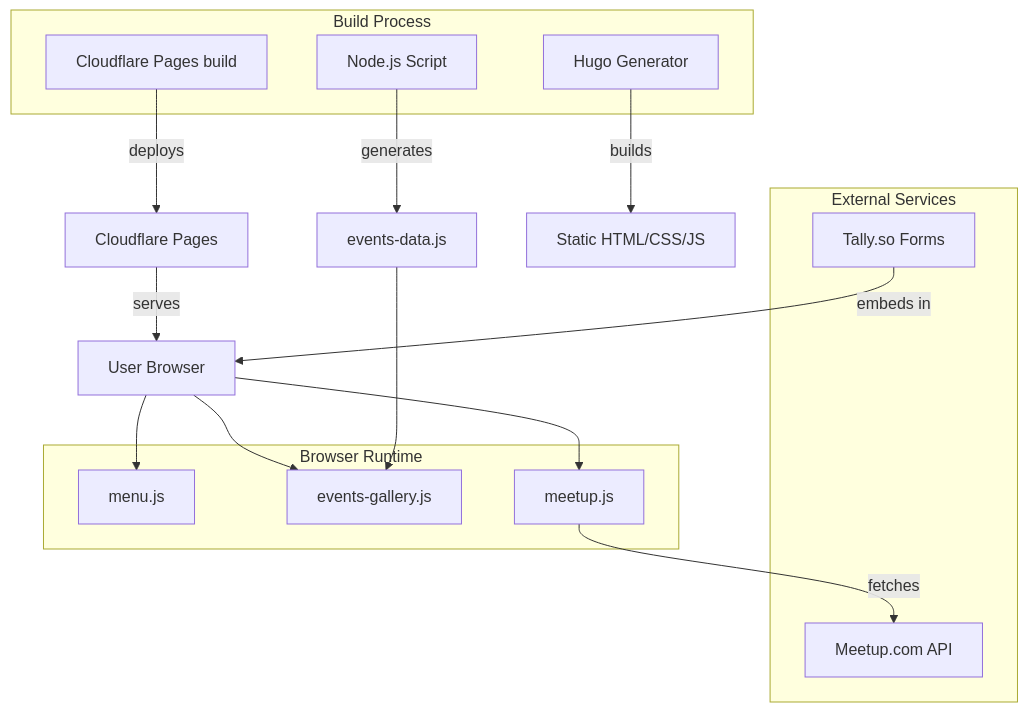
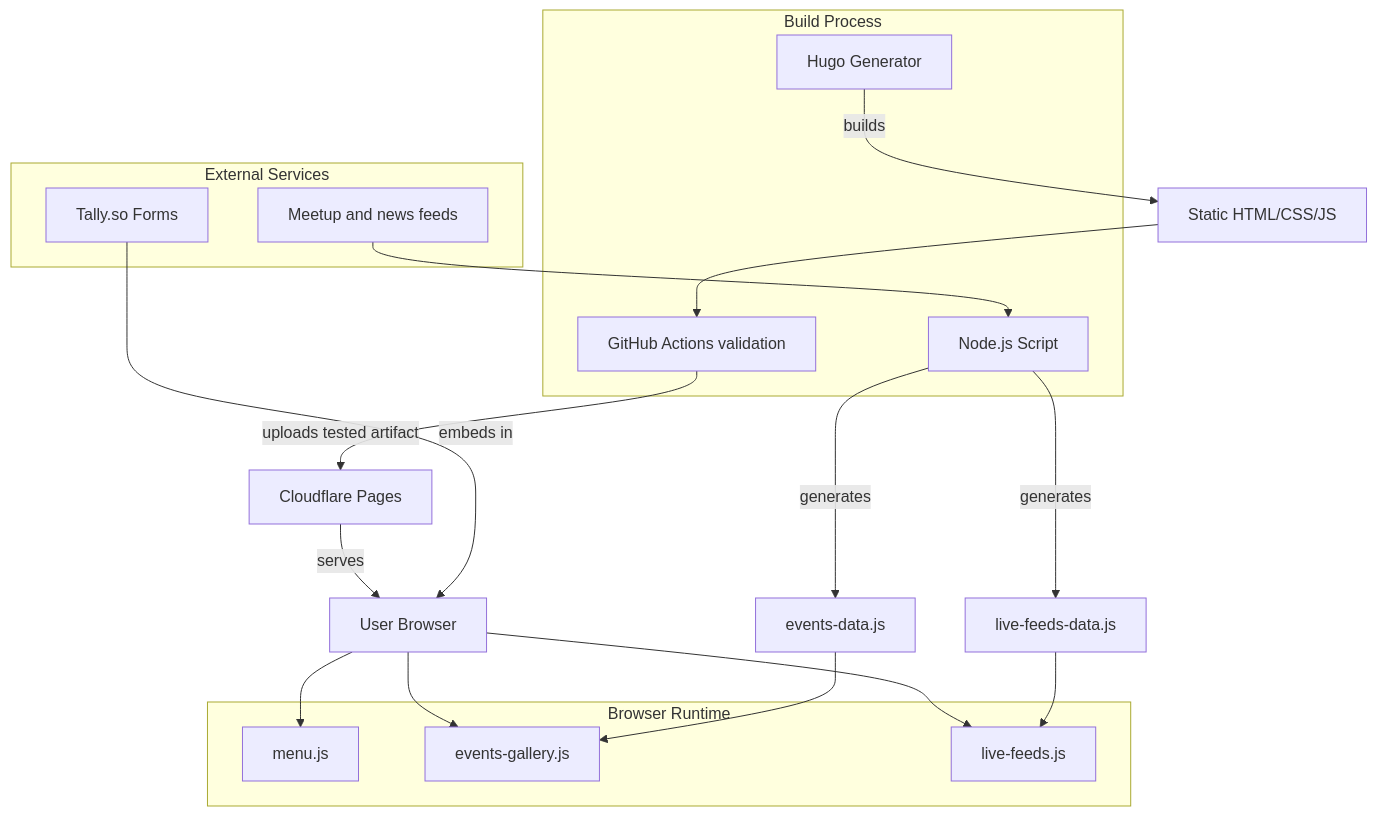
One commit to CODE-Community-of-Developers-Engineers/website-frontpage changed the first of 3 diagrams in README.md. Above: the diagram before and after it, drawn with Mermaid. The commit also changed other lines of this file and 18 other files, not shown here.

Commit message:
fix: harden Pages releases and feed reliability

````diff
--- a/README.md
+++ b/README.md
@@ -50,31 +50,34 @@
 ```mermaid
 flowchart TB
     subgraph External["External Services"]
-        Meetup[Meetup.com API]
+        Meetup[Meetup and news feeds]
         Tally[Tally.so Forms]
     end
 
     subgraph Build["Build Process"]
         Node[Node.js Script]
         Hugo[Hugo Generator]
-        CFP[Cloudflare Pages build]
+        CI[GitHub Actions validation]
     end
 
     subgraph Runtime["Browser Runtime"]
         Menu[menu.js]
         Carousel[events-gallery.js]
-        MeetupJS[meetup.js]
+        Feeds[live-feeds.js]
     end
 
     Node -->|generates| EventsData[events-data.js]
+    Meetup --> Node
+    Node -->|generates| FeedData[live-feeds-data.js]
     Hugo -->|builds| Static[Static HTML/CSS/JS]
-    CFP -->|deploys| CF[Cloudflare Pages]
+    Static --> CI
+    CI -->|uploads tested artifact| CF[Cloudflare Pages]
     CF -->|serves| Browser[User Browser]
 
     Browser --> Menu
     Browser --> Carousel
-    Browser --> MeetupJS
+    Browser --> Feeds
     EventsData --> Carousel
-    MeetupJS -->|fetches| Meetup
+    FeedData --> Feeds
     Tally -->|embeds in| Browser
 ```
````
